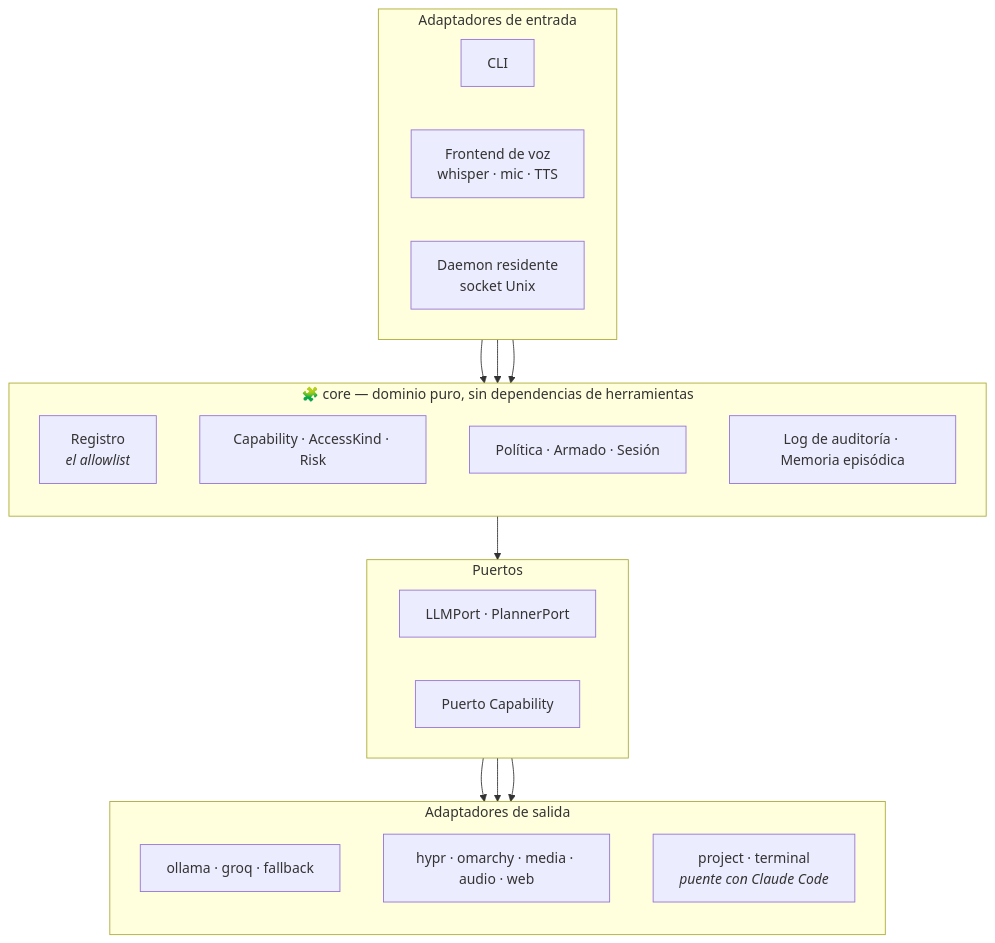
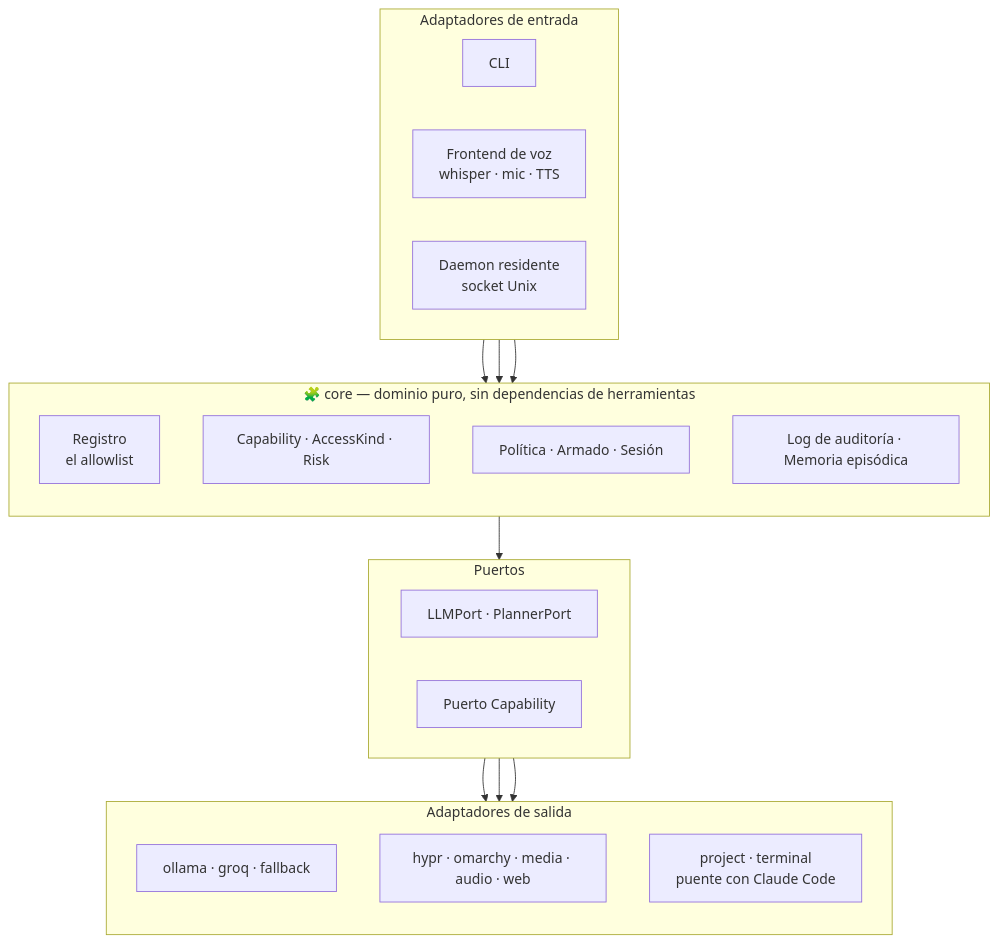
The second of 3 diagrams in README.es.md (xebastian153/hyprvalet), drawn with Mermaid before and after one commit. The commit also changed other lines of this file and 1 other file, not shown here.

First line of the commit message:
docs(readme): use render-safe Mermaid edge syntax

````diff
--- a/README.es.md
+++ b/README.es.md
@@ -83,38 +83,38 @@
 ```mermaid
 flowchart TB
     subgraph ADAPT_IN["Adaptadores de entrada"]
         direction LR
         CLI["CLI"]
         VOICE["Frontend de voz<br/>whisper · mic · TTS"]
         DAEMON["Daemon residente<br/>socket Unix"]
     end
 
     subgraph CORE["🧩 core — dominio puro, sin dependencias de herramientas"]
         direction TB
-        REG["Registro<br/><i>el allowlist</i>"]
+        REG["Registro<br/>el allowlist"]
         CAP["Capability · AccessKind · Risk"]
         POL["Política · Armado · Sesión"]
         AUD["Log de auditoría · Memoria episódica"]
     end
 
     subgraph PORTS["Puertos"]
         direction LR
         LP["LLMPort · PlannerPort"]
         CP["Puerto Capability"]
     end
 
     subgraph ADAPT_OUT["Adaptadores de salida"]
         direction TB
         REASON["ollama · groq · fallback"]
         DESKTOP["hypr · omarchy · media · audio · web"]
-        BRIDGE["project · terminal<br/><i>puente con Claude Code</i>"]
+        BRIDGE["project · terminal<br/>puente con Claude Code"]
     end
 
     CLI --> CORE
     VOICE --> CORE
     DAEMON --> CORE
     CORE --> PORTS
     LP --> REASON
     CP --> DESKTOP
     CP --> BRIDGE
 ```
````
